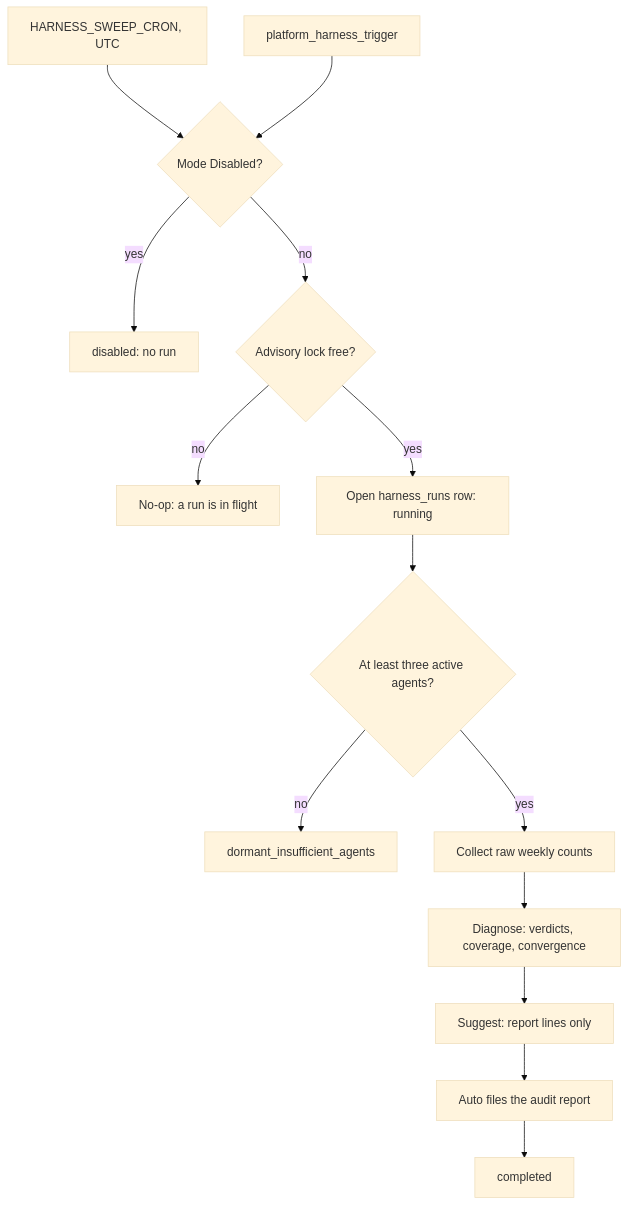
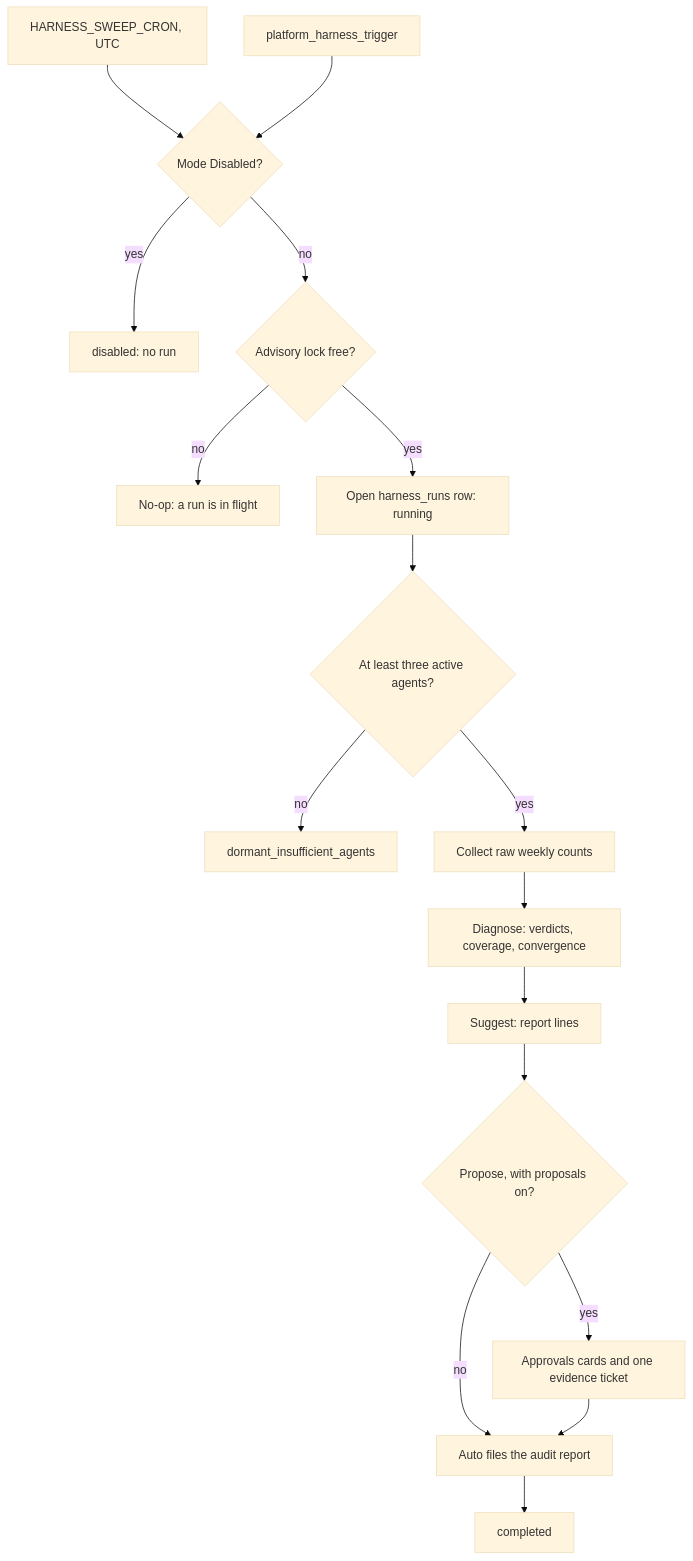
Before and after one commit to AutomatosAI/automatos-ai: the diagram in docs/platform-actions/self-management-harness.md, drawn with Mermaid (base theme). The commit also changed other lines of this file and 14 other files, not shown here.

````diff
--- a/docs/platform-actions/self-management-harness.md
+++ b/docs/platform-actions/self-management-harness.md
@@ -90,16 +92,19 @@
 ```mermaid
 graph TD
     A[HARNESS_SWEEP_CRON, UTC] --> B{Mode Disabled?}
     T[platform_harness_trigger] --> B
     B -- yes --> X[disabled: no run]
     B -- no --> L{Advisory lock free?}
     L -- no --> N[No-op: a run is in flight]
     L -- yes --> R[Open harness_runs row: running]
     R --> D{At least three active agents?}
     D -- no --> DA[dormant_insufficient_agents]
     D -- yes --> C[Collect raw weekly counts]
     C --> G[Diagnose: verdicts, coverage, convergence]
-    G --> S[Suggest: report lines only]
-    S --> P[Auto files the audit report]
+    G --> S[Suggest: report lines]
+    S --> AC{Propose, with proposals on?}
+    AC -- yes --> K[Approvals cards and one evidence ticket]
+    AC -- no --> P
+    K --> P[Auto files the audit report]
     P --> CO[completed]
 ```
````
